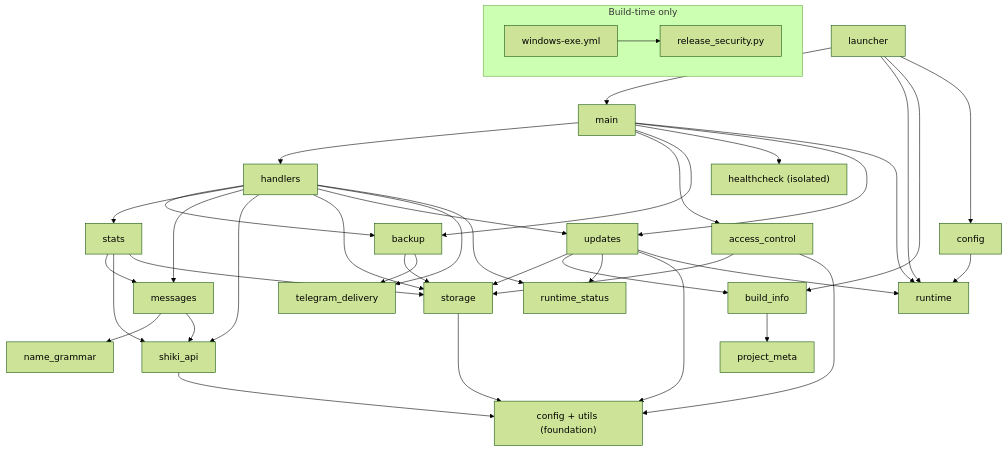
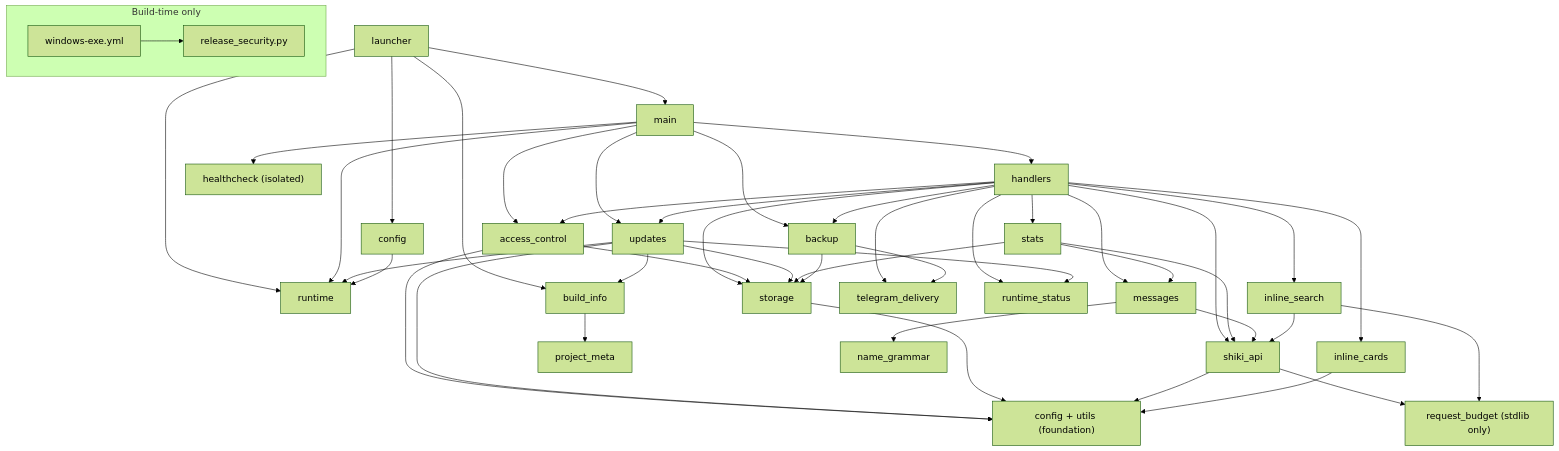
The diagram in ARCHITECTURE.md (WorgaNomoR/ShikiUpdatesBot), drawn with Mermaid (forest theme) before and after one commit. The commit also changed other lines of this file and 19 other files, not shown here.

First line of the commit message:
Add subscriber-only inline media search

````diff
--- a/ARCHITECTURE.md
+++ b/ARCHITECTURE.md
@@ -39,43 +42,51 @@
 ```mermaid
 graph TD
     launcher --> main
     launcher --> runtime
     launcher --> build_info
     launcher --> config
     main --> handlers
     main --> access_control
     main --> backup
     main --> healthcheck
     main --> updates
     main --> runtime
     handlers --> backup
     handlers --> stats
     handlers --> messages
     handlers --> shiki_api
+    handlers --> inline_search
+    handlers --> inline_cards
+    handlers --> access_control
     handlers --> storage
     access_control --> storage
     access_control --> base
     handlers --> updates
     handlers --> telegram_delivery
     handlers --> runtime_status
     updates --> storage
     updates --> build_info
     updates --> runtime_status
     build_info --> project_meta
     updates --> base
     updates --> runtime
     stats --> messages
     stats --> shiki_api
     stats --> storage
     messages --> name_grammar
     messages --> shiki_api
     backup --> storage
     backup --> telegram_delivery
     storage --> base["config + utils (foundation)"]
     shiki_api --> base
+    shiki_api --> request_budget
+    inline_search --> shiki_api
+    inline_search --> request_budget
+    inline_cards --> base
+    request_budget["request_budget (stdlib only)"]
     config --> runtime
     healthcheck["healthcheck (isolated)"]
     subgraph build_time["Build-time only"]
         windows_workflow["windows-exe.yml"] --> release_security["release_security.py"]
     end
 ```
````
